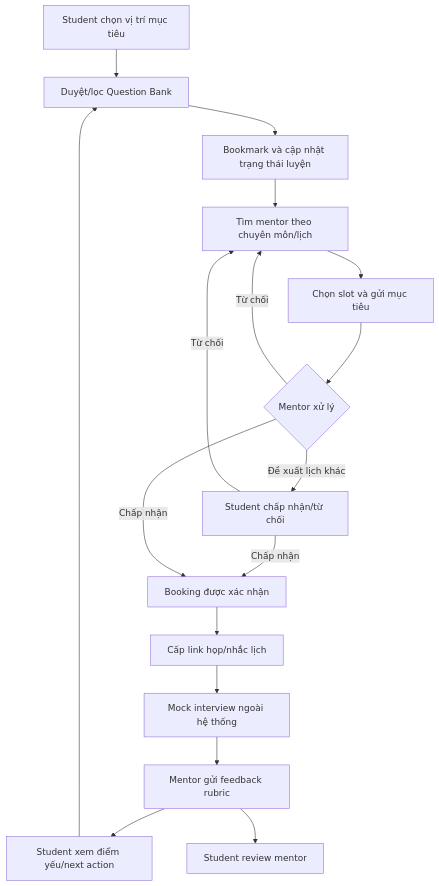
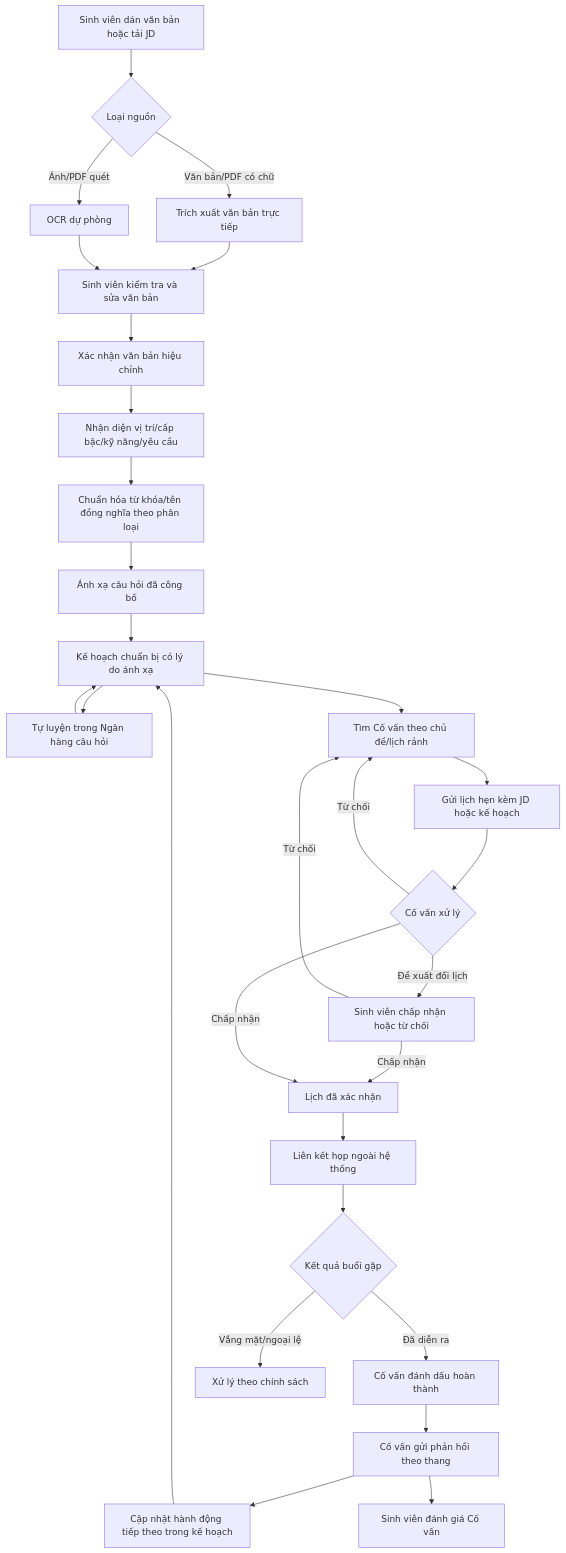
The first of 2 diagrams in docs/Project_Vision_and_Scope/Future_State_Workflow.md (tnnhuaa/InterviewQuestionBank), drawn with Mermaid before and after one commit. The commit also changed other lines of this file and 16 other files, not shown here.

````diff
--- a/docs/Project_Vision_and_Scope/Future_State_Workflow.md
+++ b/docs/Project_Vision_and_Scope/Future_State_Workflow.md
@@ -13,19 +15,31 @@
 ```mermaid
 flowchart TD
-    A["Student chọn vị trí mục tiêu"] --> B["Duyệt/lọc Question Bank"]
-    B --> C["Bookmark và cập nhật trạng thái luyện"]
-    C --> D["Tìm mentor theo chuyên môn/lịch"]
-    D --> E["Chọn slot và gửi mục tiêu"]
-    E --> F{"Mentor xử lý"}
-    F -- "Từ chối" --> D
-    F -- "Đề xuất lịch khác" --> G["Student chấp nhận/từ chối"]
-    G -- "Chấp nhận" --> H["Booking được xác nhận"]
-    G -- "Từ chối" --> D
-    F -- "Chấp nhận" --> H
-    H --> I["Cấp link họp/nhắc lịch"]
-    I --> J["Mock interview ngoài hệ thống"]
-    J --> K["Mentor gửi feedback rubric"]
-    K --> L["Student xem điểm yếu/next action"]
-    L --> B
-    K --> M["Student review mentor"]
+    A["Sinh viên dán văn bản hoặc tải JD"] --> B{"Loại nguồn"}
+    B -- "Văn bản/PDF có chữ" --> C["Trích xuất văn bản trực tiếp"]
+    B -- "Ảnh/PDF quét" --> D["OCR dự phòng"]
+    C --> E["Sinh viên kiểm tra và sửa văn bản"]
+    D --> E
+    E --> F["Xác nhận văn bản hiệu chỉnh"]
+    F --> G["Nhận diện vị trí/cấp bậc/kỹ năng/yêu cầu"]
+    G --> H["Chuẩn hóa từ khóa/tên đồng nghĩa theo phân loại"]
+    H --> I["Ánh xạ câu hỏi đã công bố"]
+    I --> J["Kế hoạch chuẩn bị có lý do ánh xạ"]
+    J --> K["Tự luyện trong Ngân hàng câu hỏi"]
+    J --> L["Tìm Cố vấn theo chủ đề/lịch rảnh"]
+    K --> J
+    L --> M["Gửi lịch hẹn kèm JD hoặc kế hoạch"]
+    M --> N{"Cố vấn xử lý"}
+    N -- "Từ chối" --> L
+    N -- "Đề xuất đổi lịch" --> O["Sinh viên chấp nhận hoặc từ chối"]
+    O -- "Chấp nhận" --> P["Lịch đã xác nhận"]
+    O -- "Từ chối" --> L
+    N -- "Chấp nhận" --> P
+    P --> Q["Liên kết họp ngoài hệ thống"]
+    Q --> R{"Kết quả buổi gặp"}
+    R -- "Đã diễn ra" --> S["Cố vấn đánh dấu hoàn thành"]
+    R -- "Vắng mặt/ngoại lệ" --> X["Xử lý theo chính sách"]
+    S --> T["Cố vấn gửi phản hồi theo thang"]
+    T --> U["Cập nhật hành động tiếp theo trong kế hoạch"]
+    U --> J
+    T --> V["Sinh viên đánh giá Cố vấn"]
 ```
````
